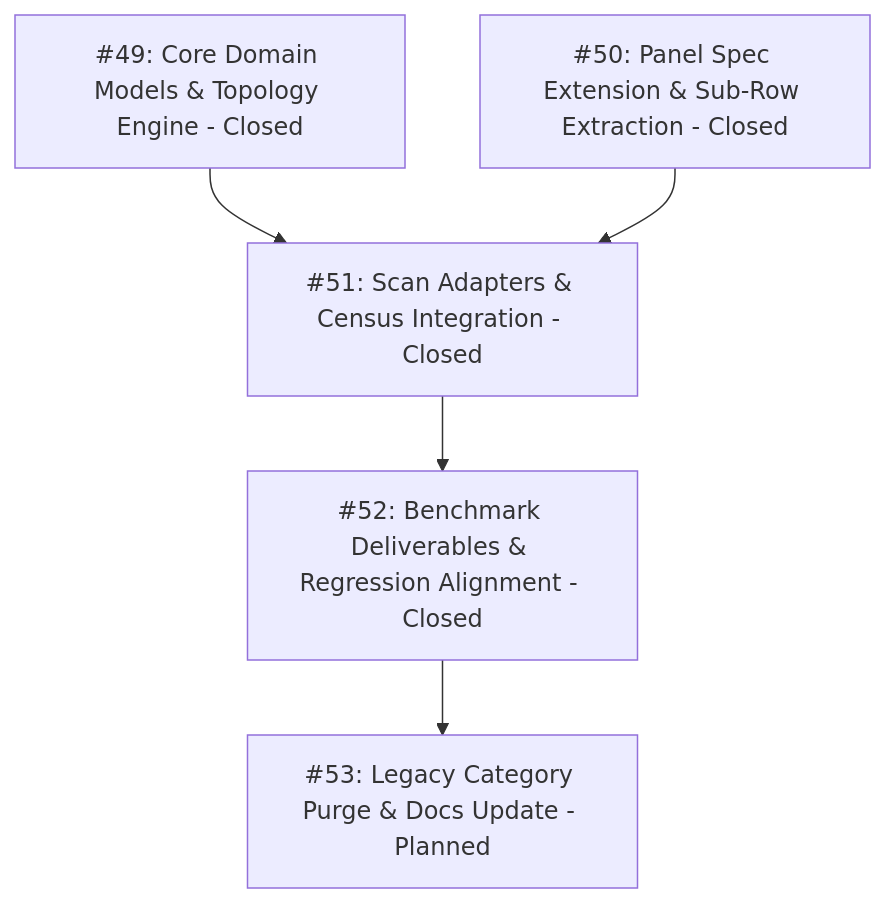
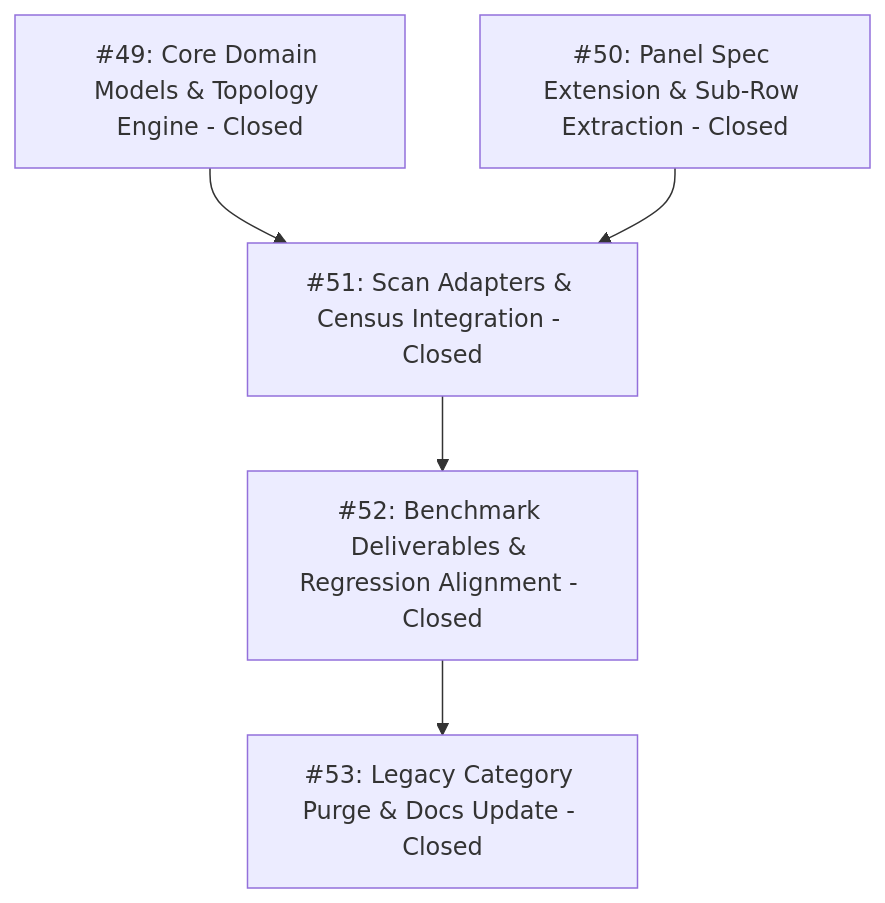
One commit to adamlarGit/pahang-cli changed the diagram in .wayfinder/switchgear-topology/map.md. Above: the diagram before and after it, drawn with Mermaid. The commit also changed other lines of this file and 1 other file, not shown here.

````diff
--- a/.wayfinder/switchgear-topology/map.md
+++ b/.wayfinder/switchgear-topology/map.md
@@ -32,9 +32,9 @@
 ```mermaid
 graph TD
     T49[#49: Core Domain Models & Topology Engine - Closed]
     T50[#50: Panel Spec Extension & Sub-Row Extraction - Closed]
     T49 --> T51[#51: Scan Adapters & Census Integration - Closed]
     T50 --> T51
     T51 --> T52[#52: Benchmark Deliverables & Regression Alignment - Closed]
-    T52 --> T53[#53: Legacy Category Purge & Docs Update - Planned]
+    T52 --> T53[#53: Legacy Category Purge & Docs Update - Closed]
 ```
````
